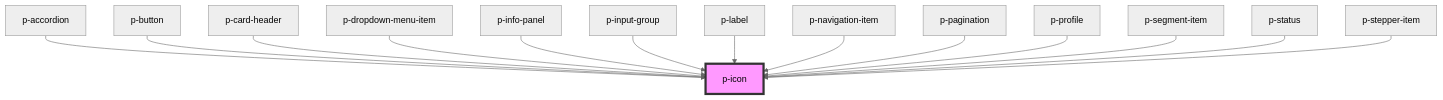
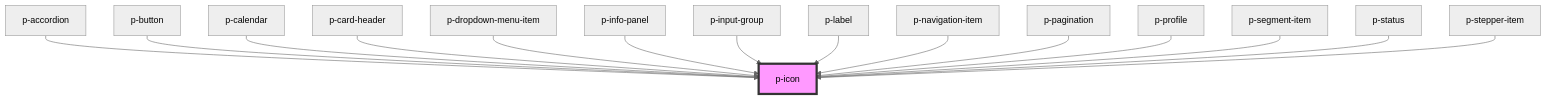
Before and after one commit to Employes/paperless: the diagram in packages/core/src/components/atoms/icon/readme.md, drawn with Mermaid (neutral theme). The commit also changed other lines of this file and 10 other files, not shown here.

````diff
--- a/packages/core/src/components/atoms/icon/readme.md
+++ b/packages/core/src/components/atoms/icon/readme.md
@@ -37,17 +38,18 @@
 ```mermaid
 graph TD;
   p-accordion --> p-icon
   p-button --> p-icon
+  p-calendar --> p-icon
   p-card-header --> p-icon
   p-dropdown-menu-item --> p-icon
   p-info-panel --> p-icon
   p-input-group --> p-icon
   p-label --> p-icon
   p-navigation-item --> p-icon
   p-pagination --> p-icon
   p-profile --> p-icon
   p-segment-item --> p-icon
   p-status --> p-icon
   p-stepper-item --> p-icon
   style p-icon fill:#f9f,stroke:#333,stroke-width:4px
 ```
````
